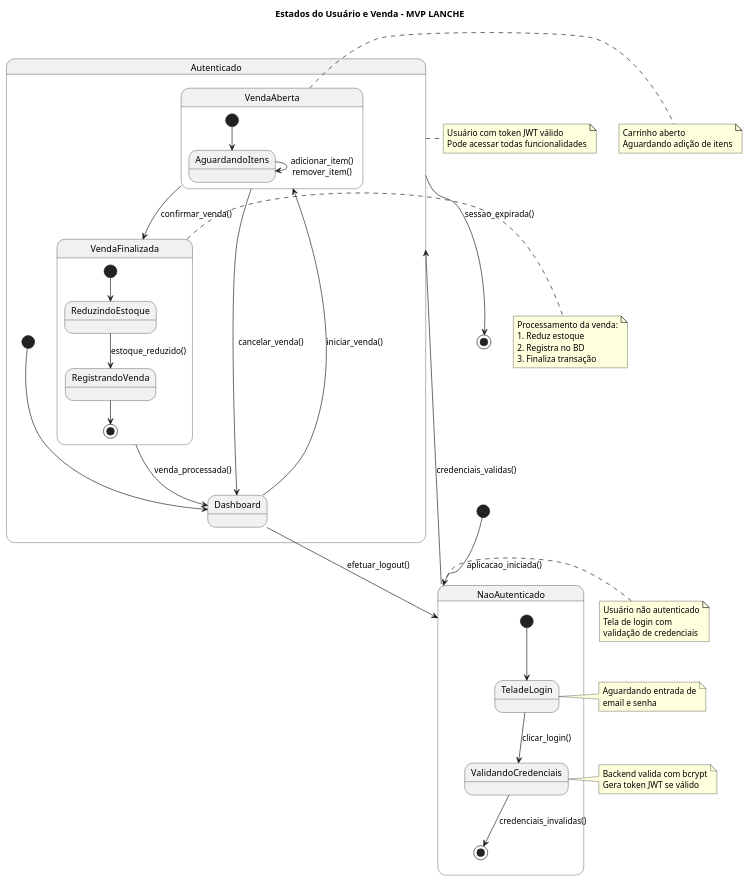
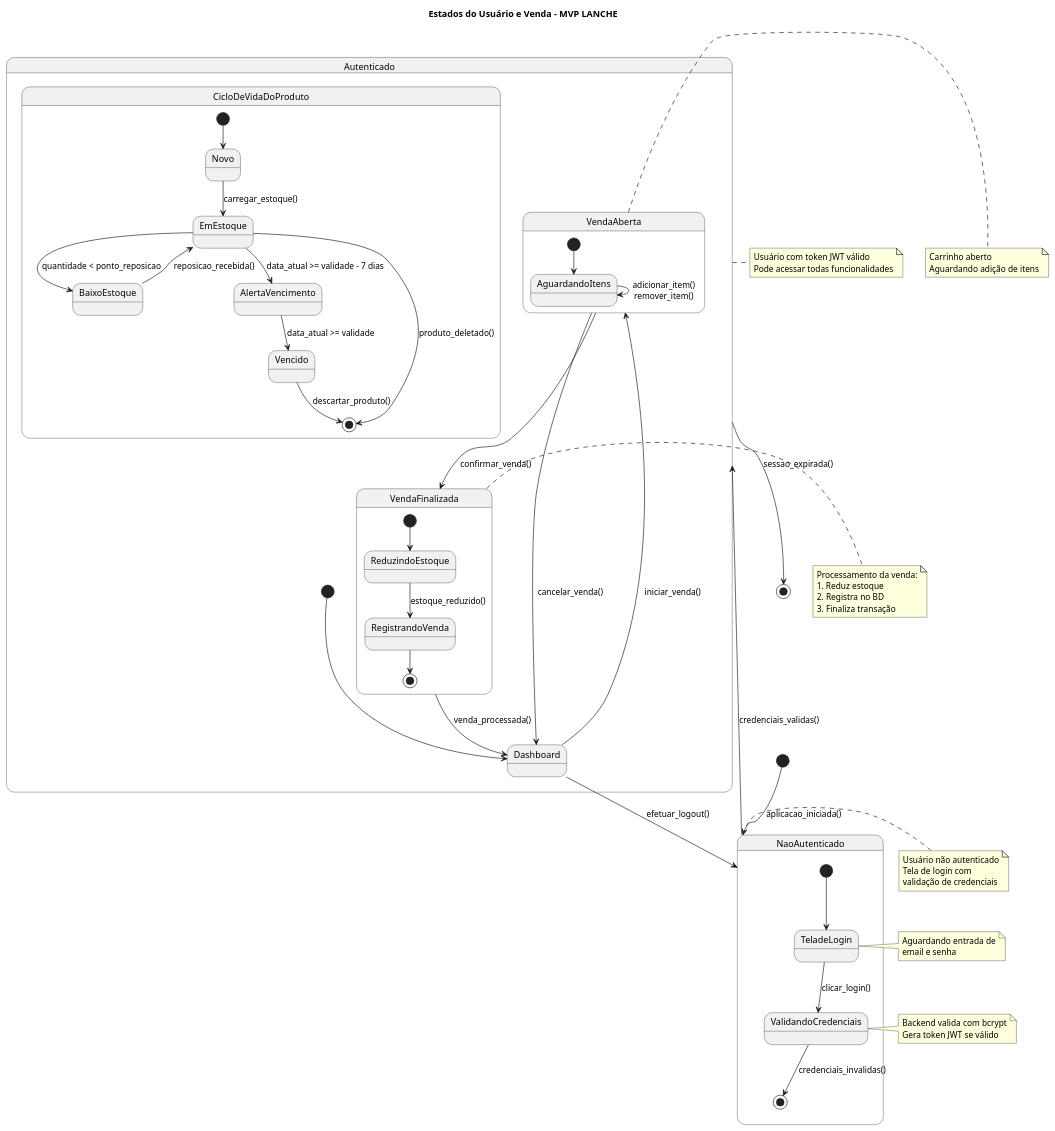
Before and after one commit to Fredson-Santos/lanche: the diagram in docs/arquitetura/diagramas/04_DIAGRAMA_ESTADOS_MVP.puml, drawn with PlantUML. The commit also changed 4 other files, not shown here.

Commit message:
docs(diagramas): atualizar todos os diagramas para refletir o controle de validade e alertas

```diff
--- a/docs/arquitetura/diagramas/04_DIAGRAMA_ESTADOS_MVP.puml
+++ b/docs/arquitetura/diagramas/04_DIAGRAMA_ESTADOS_MVP.puml
@@ -1,72 +1,83 @@
 @startuml LANCHE MVP - Diagrama de Estados
 
 title Estados do Usuário e Venda - MVP LANCHE
 
 [*] --> NaoAutenticado: aplicacao_iniciada()
 
 state NaoAutenticado {
   [*] --> TeladeLogin
   TeladeLogin --> ValidandoCredenciais: clicar_login()
   ValidandoCredenciais --> [*]: credenciais_invalidas()
 }
 
 NaoAutenticado --> Autenticado: credenciais_validas()
 
 state Autenticado {
   [*] --> Dashboard
   Dashboard --> NaoAutenticado: efetuar_logout()
   Dashboard --> VendaAberta: iniciar_venda()
   
   state VendaAberta {
     [*] --> AguardandoItens
     AguardandoItens --> AguardandoItens: adicionar_item()\nremover_item()
   }
   
   VendaAberta --> VendaFinalizada: confirmar_venda()
   
   state VendaFinalizada {
     [*] --> ReduzindoEstoque
     ReduzindoEstoque --> RegistrandoVenda: estoque_reduzido()
     RegistrandoVenda --> [*]
   }
   
   VendaFinalizada --> Dashboard: venda_processada()
   VendaAberta --> Dashboard: cancelar_venda()
+
+  state CicloDeVidaDoProduto {
+    [*] --> Novo
+    Novo --> EmEstoque: carregar_estoque()
+    EmEstoque --> BaixoEstoque: quantidade < ponto_reposicao
+    BaixoEstoque --> EmEstoque: reposicao_recebida()
+    EmEstoque --> AlertaVencimento: data_atual >= validade - 7 dias
+    AlertaVencimento --> Vencido: data_atual >= validade
+    Vencido --> [*]: descartar_produto()
+    EmEstoque --> [*]: produto_deletado()
+  }
 }
 
 Autenticado --> [*]: sessao_expirada()
 
 note right of NaoAutenticado
   Usuário não autenticado
   Tela de login com
   validação de credenciais
 end note
 
 note right of TeladeLogin
   Aguardando entrada de
   email e senha
 end note
 
 note right of ValidandoCredenciais
   Backend valida com bcrypt
   Gera token JWT se válido
 end note
 
 note right of Autenticado
   Usuário com token JWT válido
   Pode acessar todas funcionalidades
 end note
 
 note right of VendaAberta
   Carrinho aberto
   Aguardando adição de itens
 end note
 
 note right of VendaFinalizada
   Processamento da venda:
   1. Reduz estoque
   2. Registra no BD
   3. Finaliza transação
 end note
 
 @enduml
```
